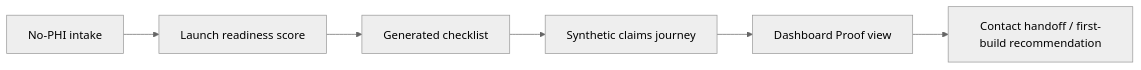
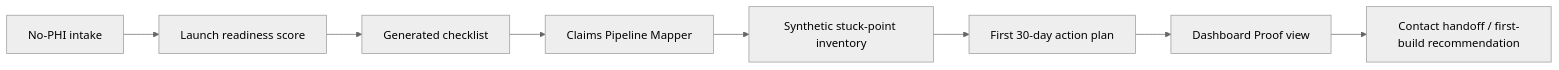
One commit to RevCycleMGMT/revcyclemgmt-app-shell changed the diagram in README.md. Above: the diagram before and after it, drawn with Mermaid (neutral theme). The commit also changed other lines of this file and 13 other files, not shown here.

Commit message:
Add Claims Pipeline Mapper workspace

````diff
--- a/README.md
+++ b/README.md
@@ -48,8 +81,10 @@
 ```mermaid
 flowchart LR
     A[No-PHI intake] --> B[Launch readiness score]
     B --> C[Generated checklist]
-    C --> D[Synthetic claims journey]
-    D --> E[Dashboard Proof view]
-    E --> F[Contact handoff / first-build recommendation]
+    C --> D[Claims Pipeline Mapper]
+    D --> E[Synthetic stuck-point inventory]
+    E --> F[First 30-day action plan]
+    F --> G[Dashboard Proof view]
+    G --> H[Contact handoff / first-build recommendation]
 ```
````
